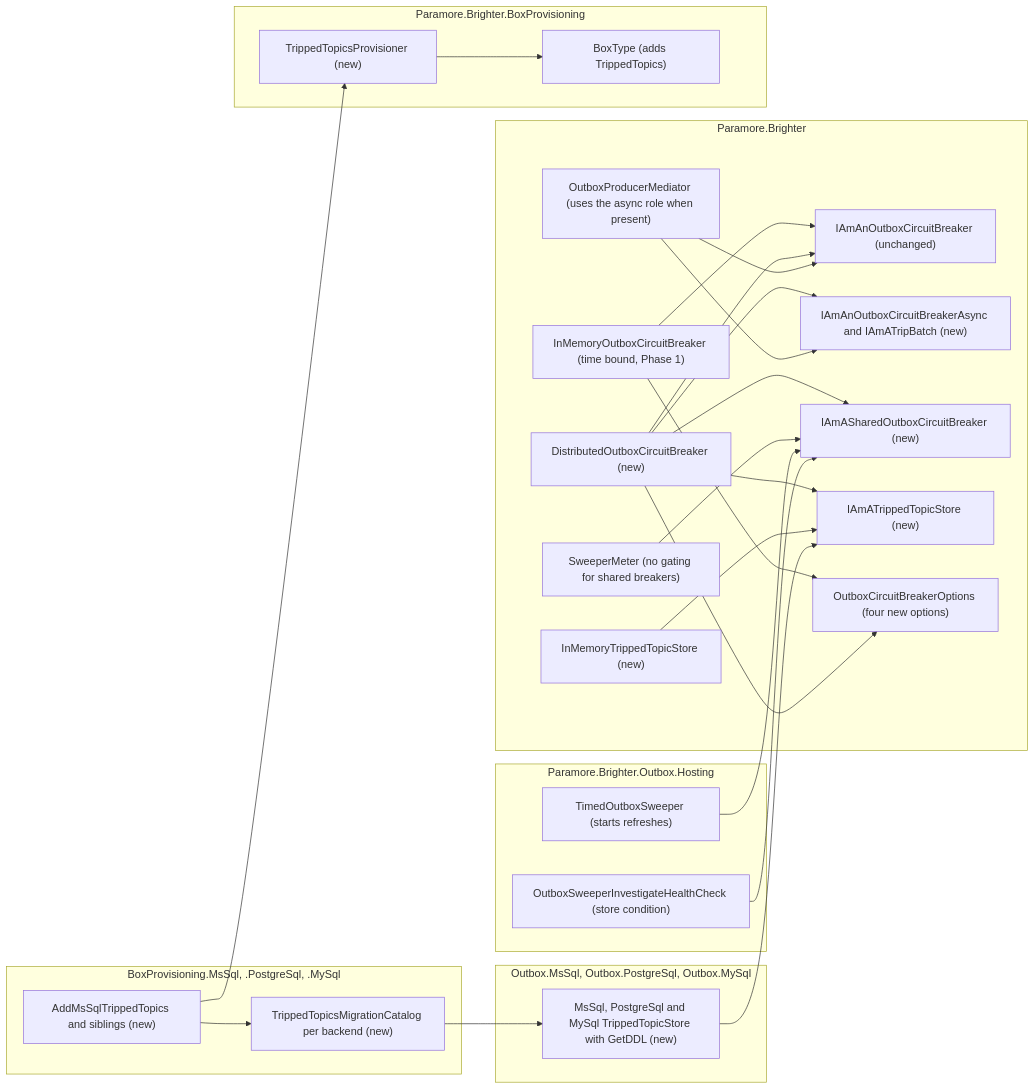
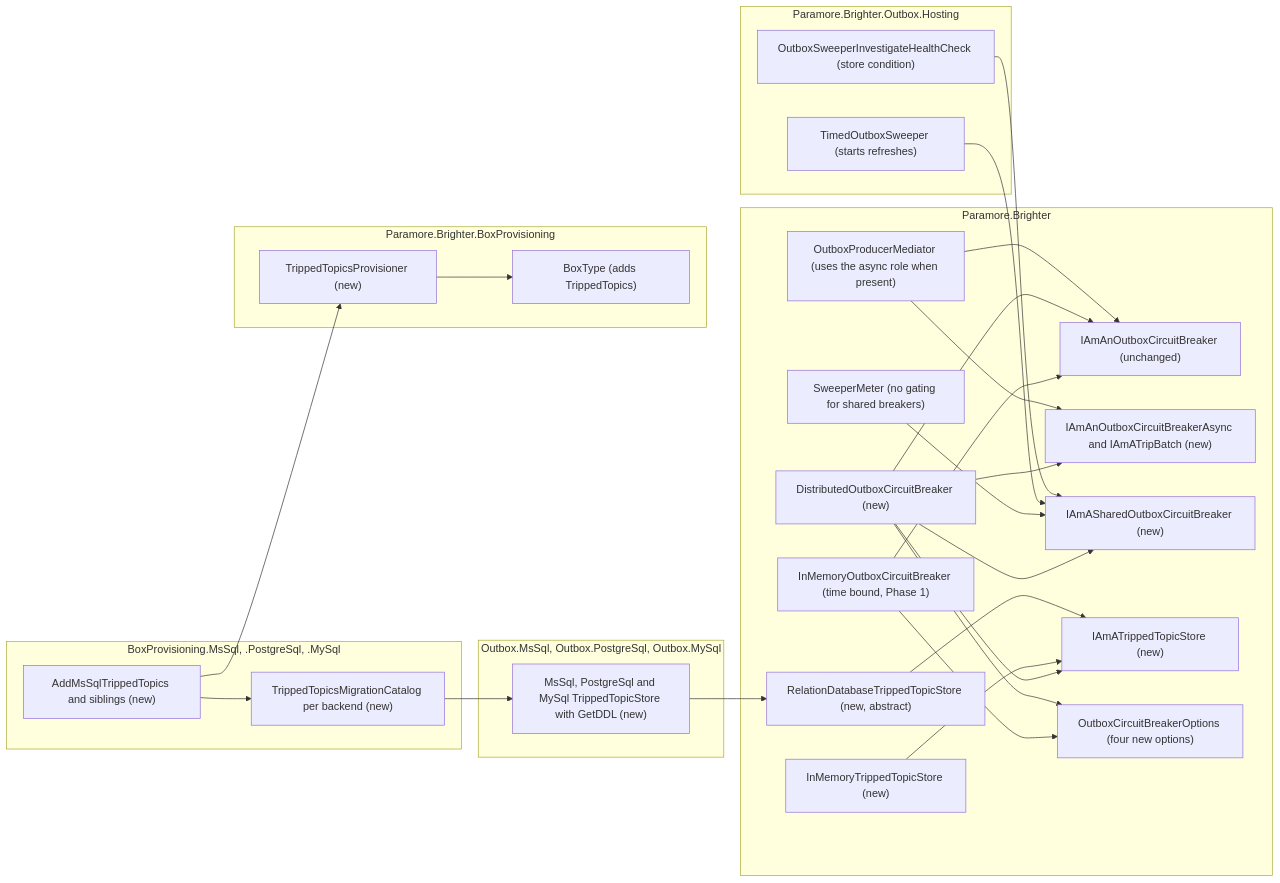
One commit to BrighterCommand/Brighter changed the second of 2 diagrams in docs/adr/0089-distributed-outbox-circuit-breaker.md. Above: the diagram before and after it, drawn with Mermaid. The commit also changed other lines of this file, not shown here.

First line of the commit message:
docs: amend ADR 0089 for the RelationDatabaseTrippedTopicStore base class

````diff
--- a/docs/adr/0089-distributed-outbox-circuit-breaker.md
+++ b/docs/adr/0089-distributed-outbox-circuit-breaker.md
@@ -268,48 +270,50 @@
 ```mermaid
 flowchart LR
     subgraph Core["Paramore.Brighter"]
         IFace["IAmAnOutboxCircuitBreaker (unchanged)"]
         Async["IAmAnOutboxCircuitBreakerAsync and IAmATripBatch (new)"]
         Shared["IAmASharedOutboxCircuitBreaker (new)"]
         StoreRole["IAmATrippedTopicStore (new)"]
+        RelStore["RelationDatabaseTrippedTopicStore (new, abstract)"]
         InMem["InMemoryOutboxCircuitBreaker (time bound, Phase 1)"]
         Dist["DistributedOutboxCircuitBreaker (new)"]
         MemStore["InMemoryTrippedTopicStore (new)"]
         Opts["OutboxCircuitBreakerOptions (four new options)"]
         Mediator["OutboxProducerMediator (uses the async role when present)"]
         Meter["SweeperMeter (no gating for shared breakers)"]
         InMem --> IFace
         InMem --> Opts
         Dist --> IFace
         Dist --> Async
         Dist --> Shared
         Dist --> StoreRole
         Dist --> Opts
         MemStore --> StoreRole
+        RelStore --> StoreRole
         Mediator --> IFace
         Mediator --> Async
         Meter --> Shared
     end
     subgraph Hosting["Paramore.Brighter.Outbox.Hosting"]
         Sweeper["TimedOutboxSweeper (starts refreshes)"]
         Check["OutboxSweeperInvestigateHealthCheck (store condition)"]
     end
     subgraph SqlOutbox["Outbox.MsSql, Outbox.PostgreSql, Outbox.MySql"]
         SqlStores["MsSql, PostgreSql and MySql TrippedTopicStore with GetDDL (new)"]
     end
     subgraph Prov["Paramore.Brighter.BoxProvisioning"]
         BoxTypeNode["BoxType (adds TrippedTopics)"]
         TripProv["TrippedTopicsProvisioner (new)"]
     end
     subgraph ProvSql["BoxProvisioning.MsSql, .PostgreSql, .MySql"]
         Catalogs["TrippedTopicsMigrationCatalog per backend (new)"]
         AddExt["AddMsSqlTrippedTopics and siblings (new)"]
     end
     Sweeper --> Shared
     Check --> Shared
-    SqlStores --> StoreRole
+    SqlStores --> RelStore
     TripProv --> BoxTypeNode
     Catalogs --> SqlStores
     AddExt --> TripProv
     AddExt --> Catalogs
 ```
````
